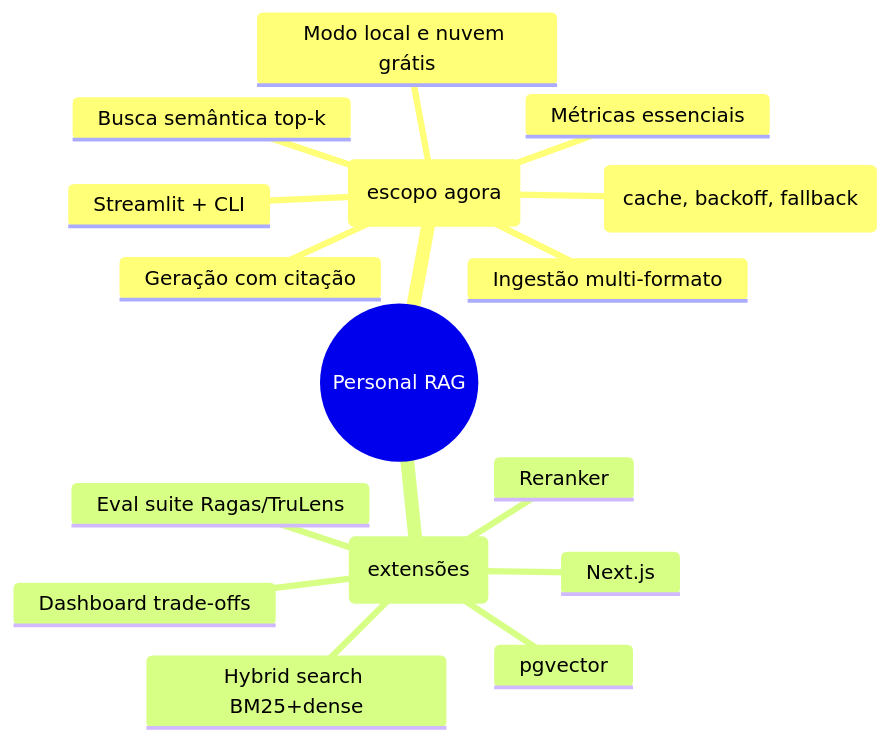
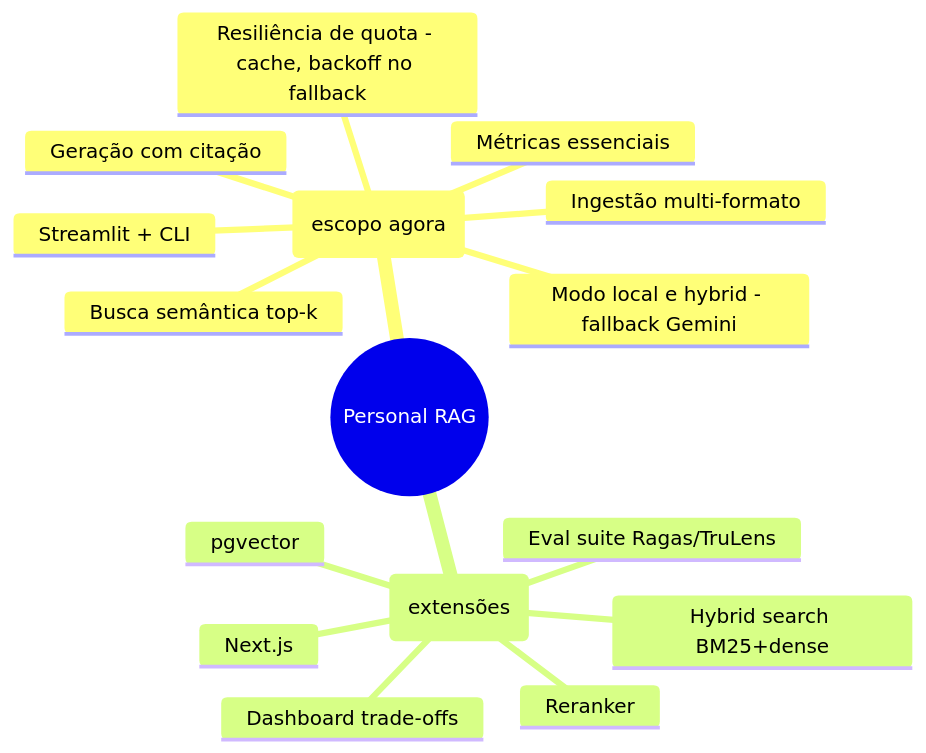
One commit to mathfrancisco/Personal-RAG-Assistant changed the tenth of 11 diagrams in docs/DIAGRAMS.md. Above: the diagram before and after it, drawn with Mermaid. The commit also changed other lines of this file and 26 other files, not shown here.

First line of the commit message:
feat(phase-0): scaffold + local-first strategy (Ollama primary, Gemini fallback)

````diff
--- a/docs/DIAGRAMS.md
+++ b/docs/DIAGRAMS.md
@@ -381,19 +378,19 @@
 ```mermaid
 mindmap
   root((Personal RAG))
     V1 (escopo agora)
       Ingestão multi-formato
       Busca semântica top-k
       Geração com citação
-      Modo local e nuvem grátis
-      Resiliência de quota (cache, backoff, fallback)
+      Modo local e hybrid - fallback Gemini
+      Resiliência de quota - cache, backoff no fallback
       Métricas essenciais
       Streamlit + CLI
     V2 (extensões)
       Hybrid search BM25+dense
       Reranker
       Eval suite Ragas/TruLens
       Dashboard trade-offs
       pgvector
       Next.js
 ```
````
